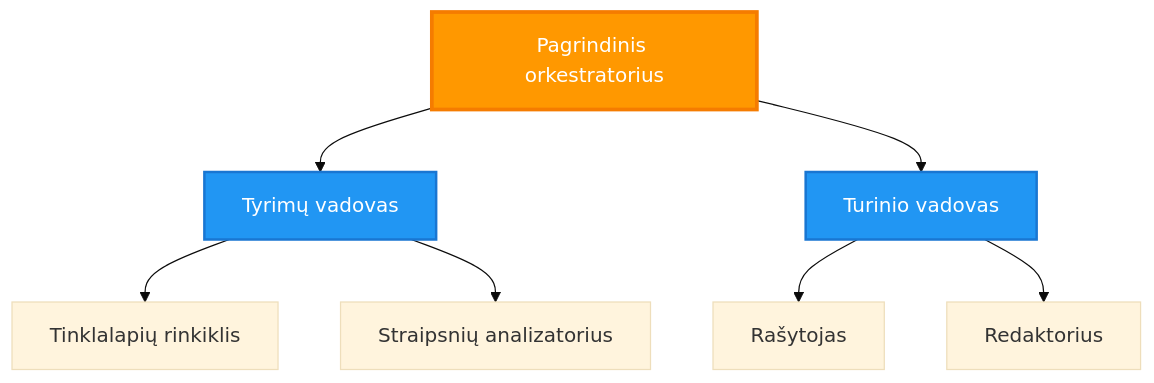
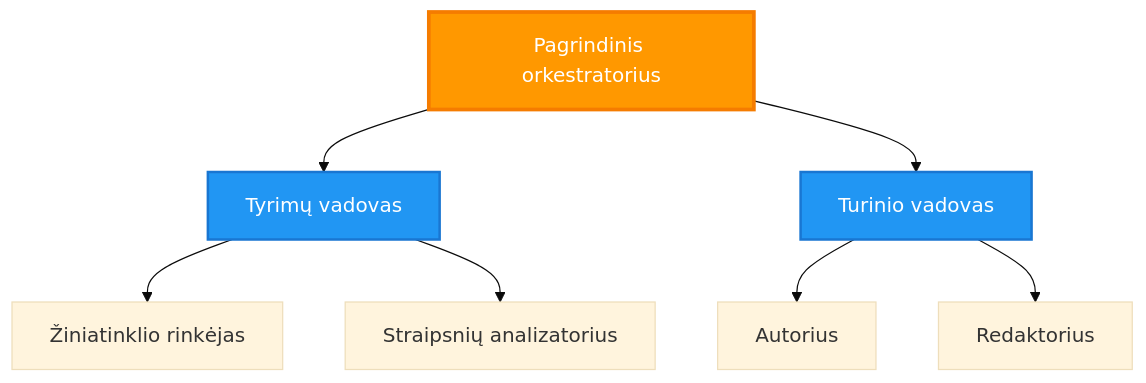
Before and after one commit to microsoft/AZD-for-beginners: the third of 6 diagrams in translations/lt/docs/chapter-06-pre-deployment/coordination-patterns.md, drawn with Mermaid (base theme). The commit also changed other lines of this file and 101 other files, not shown here.

````diff
--- a/translations/lt/docs/chapter-06-pre-deployment/coordination-patterns.md
+++ b/translations/lt/docs/chapter-06-pre-deployment/coordination-patterns.md
@@ -150,21 +144,21 @@
 ```mermaid
 graph TB
     Master[Pagrindinis orkestratorius]
     Manager1[Tyrimų vadovas]
     Manager2[Turinio vadovas]
-    W1[Tinklalapių rinkiklis]
+    W1[Žiniatinklio rinkėjas]
     W2[Straipsnių analizatorius]
-    W3[Rašytojas]
+    W3[Autorius]
     W4[Redaktorius]
     
     Master --> Manager1
     Master --> Manager2
     Manager1 --> W1
     Manager1 --> W2
     Manager2 --> W3
     Manager2 --> W4
     
     style Master fill:#FF9800,stroke:#F57C00,stroke-width:3px,color:#fff
     style Manager1 fill:#2196F3,stroke:#1976D2,stroke-width:2px,color:#fff
     style Manager2 fill:#2196F3,stroke:#1976D2,stroke-width:2px,color:#fff
 ```
````
